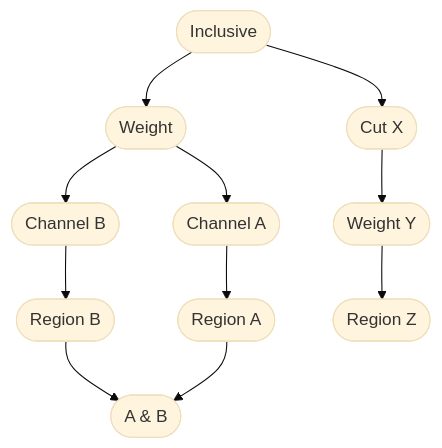
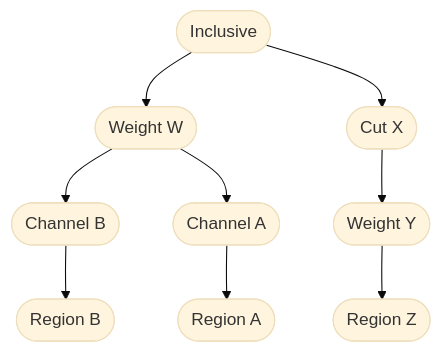
One commit to taehyounpark/queryosity changed the diagram in docs/features/selection/channel.md. Above: the diagram before and after it, drawn with Mermaid (base theme). The commit also changed other lines of this file and 4 other files, not shown here.

````diff
--- a/docs/features/selection/channel.md
+++ b/docs/features/selection/channel.md
@@ -2,17 +2,14 @@
 ```mermaid
 graph TB
-  A([Inclusive]) --> B([Weight]);
+  A([Inclusive]) --> B([Weight W]);
 
   B --> D([Channel B]);
   D --> D2([Region B]);
 
   B --> C([Channel A]);
   C --> C2([Region A]);
 
-  D2 --> D2C2(["A & B"]);
-  C2 --> D2C2;
-
   A --> F([Cut X]);
   F --> G([Weight Y]);
   G --> H([Region Z]);
 ```
````
